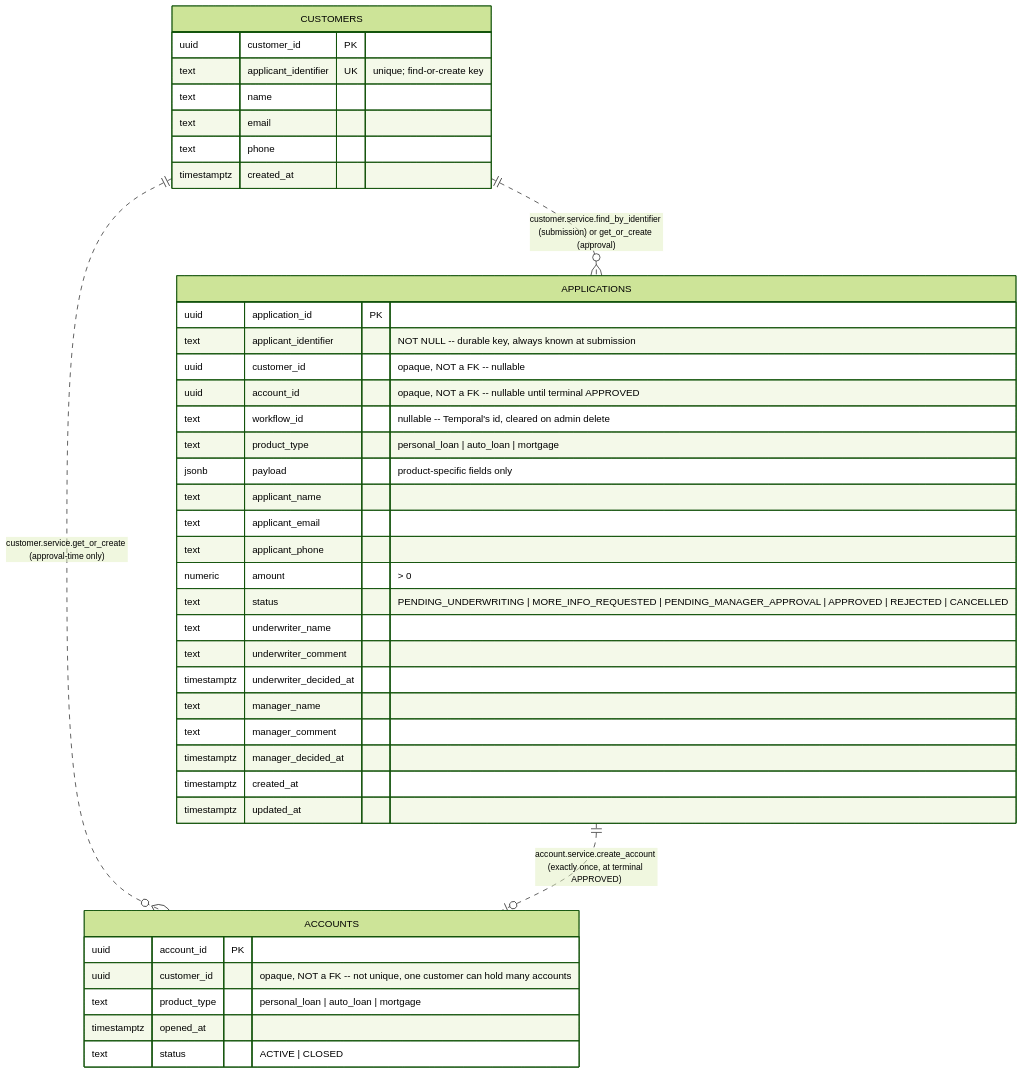
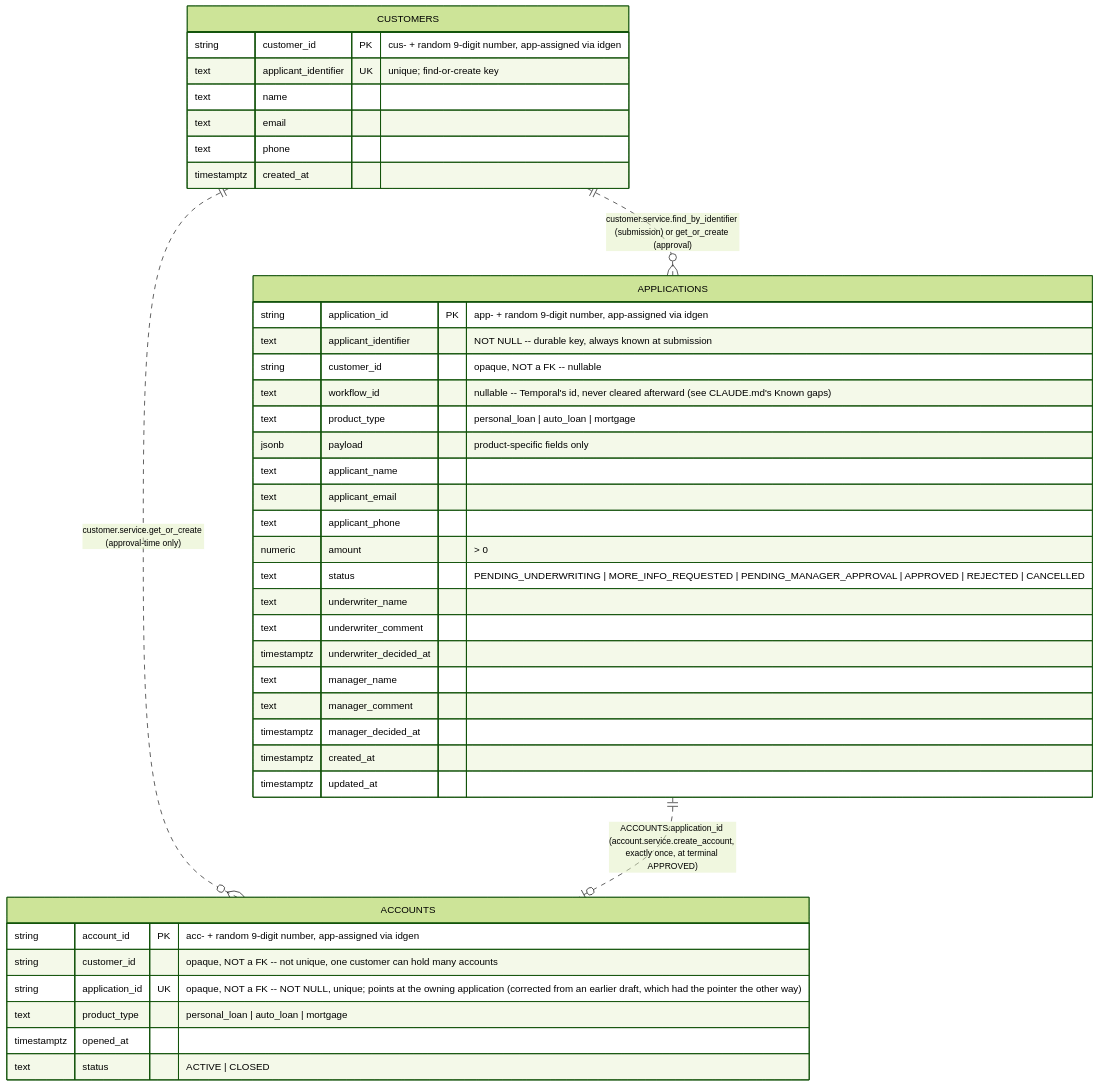
The diagram in docs/diagrams/er-diagram.md (bunyawats/loan-onboarding-poc), drawn with Mermaid (forest theme) before and after one commit. The commit also changed other lines of this file and 4 other files, not shown here.

First line of the commit message:
Add Phase 13 plan: human-readable primary keys + account-to-application direction flip

````diff
--- a/docs/diagrams/er-diagram.md
+++ b/docs/diagrams/er-diagram.md
@@ -18,46 +18,46 @@
 ```mermaid
 erDiagram
     CUSTOMERS ||..o{ ACCOUNTS : "customer.service.get_or_create (approval-time only)"
     CUSTOMERS ||..o{ APPLICATIONS : "customer.service.find_by_identifier (submission) or get_or_create (approval)"
-    APPLICATIONS ||..o| ACCOUNTS : "account.service.create_account (exactly once, at terminal APPROVED)"
+    APPLICATIONS ||..o| ACCOUNTS : "ACCOUNTS.application_id (account.service.create_account, exactly once, at terminal APPROVED)"
 
     CUSTOMERS {
-        uuid customer_id PK
+        string customer_id PK "cus- + random 9-digit number, app-assigned via idgen"
         text applicant_identifier UK "unique; find-or-create key"
         text name
         text email
         text phone
         timestamptz created_at
     }
 
     ACCOUNTS {
-        uuid account_id PK
-        uuid customer_id "opaque, NOT a FK -- not unique, one customer can hold many accounts"
+        string account_id PK "acc- + random 9-digit number, app-assigned via idgen"
+        string customer_id "opaque, NOT a FK -- not unique, one customer can hold many accounts"
+        string application_id UK "opaque, NOT a FK -- NOT NULL, unique; points at the owning application (corrected from an earlier draft, which had the pointer the other way)"
         text product_type "personal_loan | auto_loan | mortgage"
         timestamptz opened_at
         text status "ACTIVE | CLOSED"
     }
 
     APPLICATIONS {
-        uuid application_id PK
+        string application_id PK "app- + random 9-digit number, app-assigned via idgen"
         text applicant_identifier "NOT NULL -- durable key, always known at submission"
-        uuid customer_id "opaque, NOT a FK -- nullable"
-        uuid account_id "opaque, NOT a FK -- nullable until terminal APPROVED"
-        text workflow_id "nullable -- Temporal's id, cleared on admin delete"
+        string customer_id "opaque, NOT a FK -- nullable"
+        text workflow_id "nullable -- Temporal's id, never cleared afterward (see CLAUDE.md's Known gaps)"
         text product_type "personal_loan | auto_loan | mortgage"
         jsonb payload "product-specific fields only"
         text applicant_name
         text applicant_email
         text applicant_phone
         numeric amount "> 0"
         text status "PENDING_UNDERWRITING | MORE_INFO_REQUESTED | PENDING_MANAGER_APPROVAL | APPROVED | REJECTED | CANCELLED"
         text underwriter_name
         text underwriter_comment
         timestamptz underwriter_decided_at
         text manager_name
         text manager_comment
         timestamptz manager_decided_at
         timestamptz created_at
         timestamptz updated_at
     }
 ```
````
